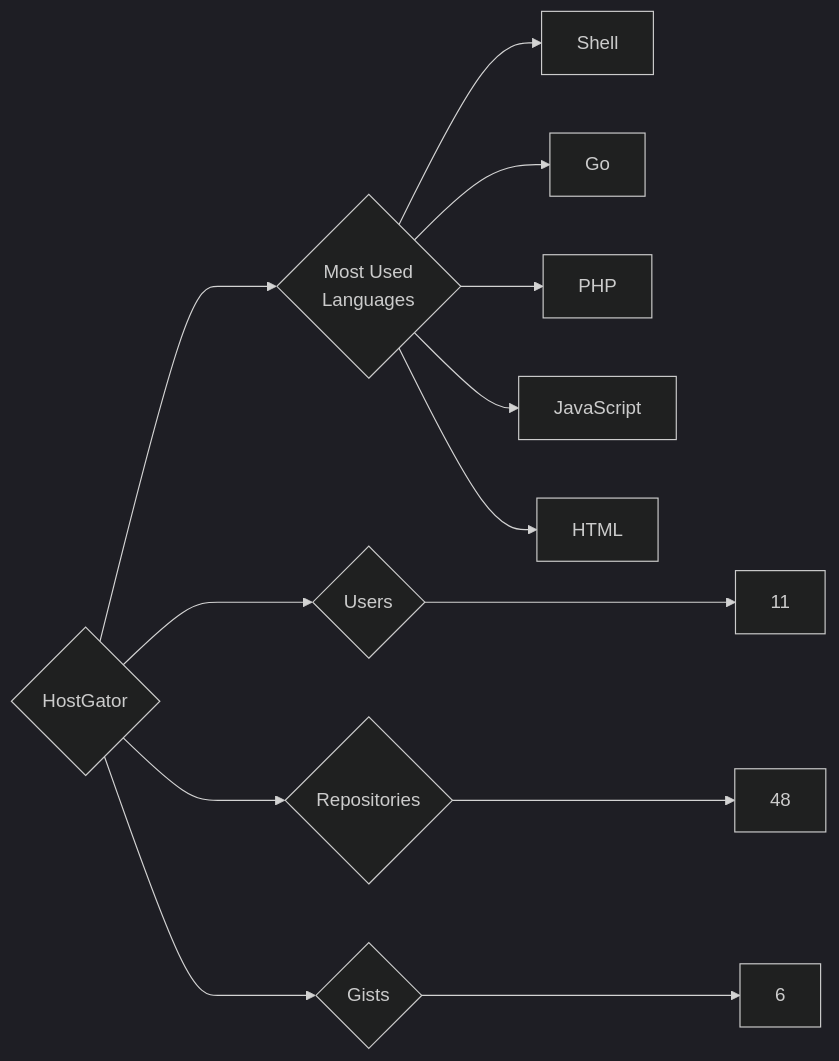
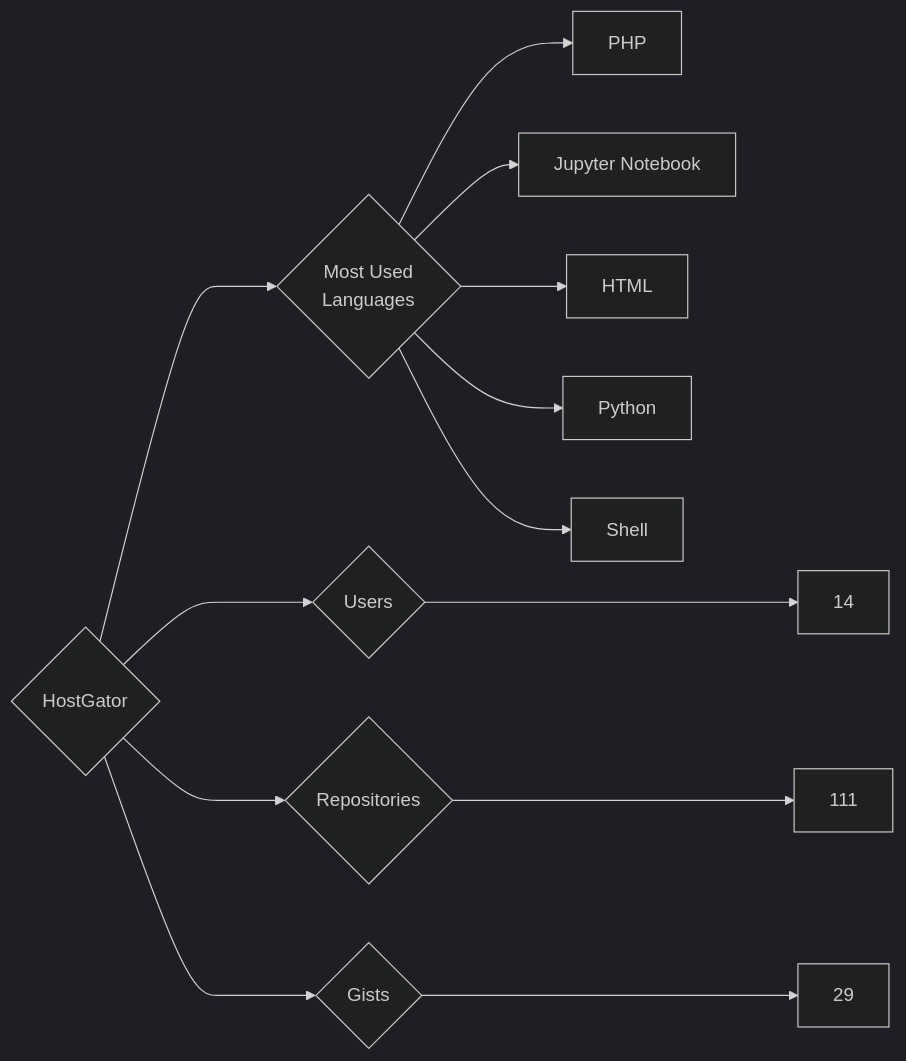
Before and after one commit to trickest/insiders: the diagram in targets/HostGator/README.md, drawn with Mermaid (dark theme). The commit also changed 894 other files, not shown here.

````diff
--- a/targets/HostGator/README.md
+++ b/targets/HostGator/README.md
@@ -3,13 +3,13 @@
 ```mermaid
 graph LR
 COMPANY_NAME{HostGator}
-COMPANY_NAME ---> U{Users} ---> UN[11]
-COMPANY_NAME ---> R{Repositories} ---> RN[48]
-COMPANY_NAME ---> G{Gists} ---> GN[6]
+COMPANY_NAME ---> U{Users} ---> UN[14]
+COMPANY_NAME ---> R{Repositories} ---> RN[111]
+COMPANY_NAME ---> G{Gists} ---> GN[29]
 COMPANY_NAME ---> ML{Most Used<br>Languages}
+ML --> PHP[PHP]
+ML --> Jupyter_Notebook[Jupyter Notebook]
+ML --> HTML[HTML]
+ML --> Python[Python]
 ML --> Shell[Shell]
-ML --> Go[Go]
-ML --> PHP[PHP]
-ML --> JavaScript[JavaScript]
-ML --> HTML[HTML]
 ```
````
